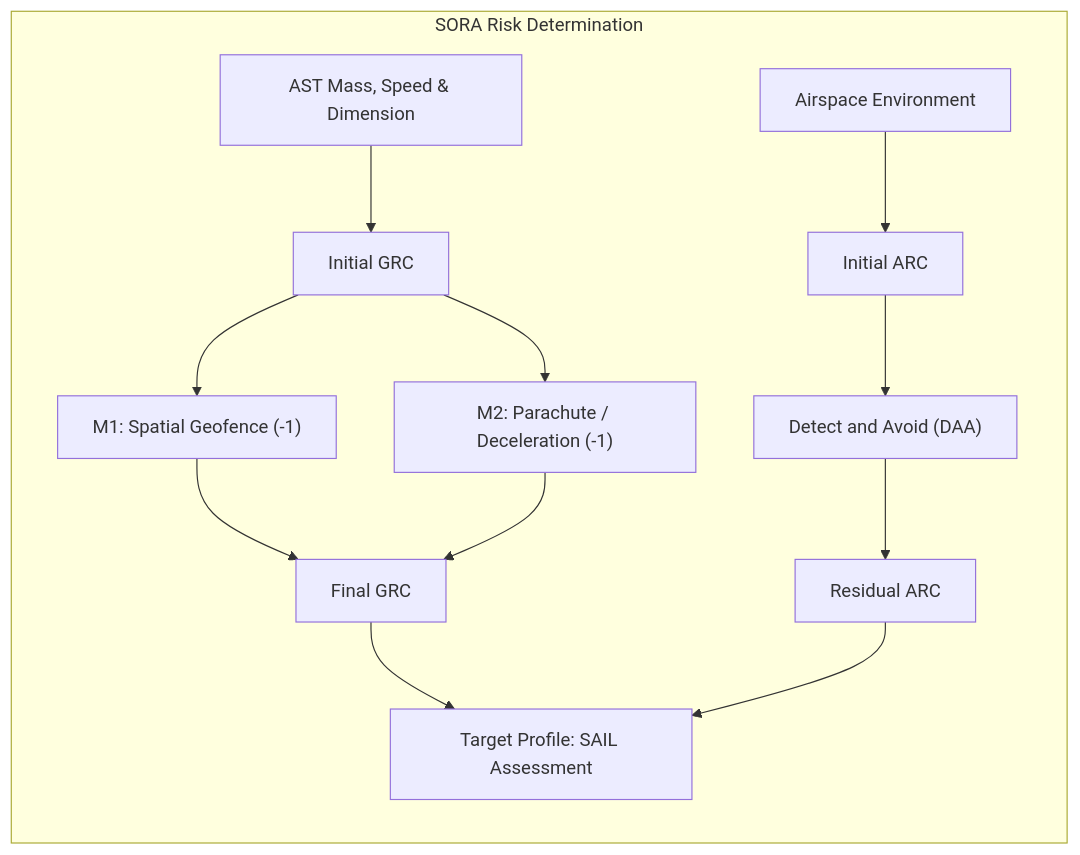
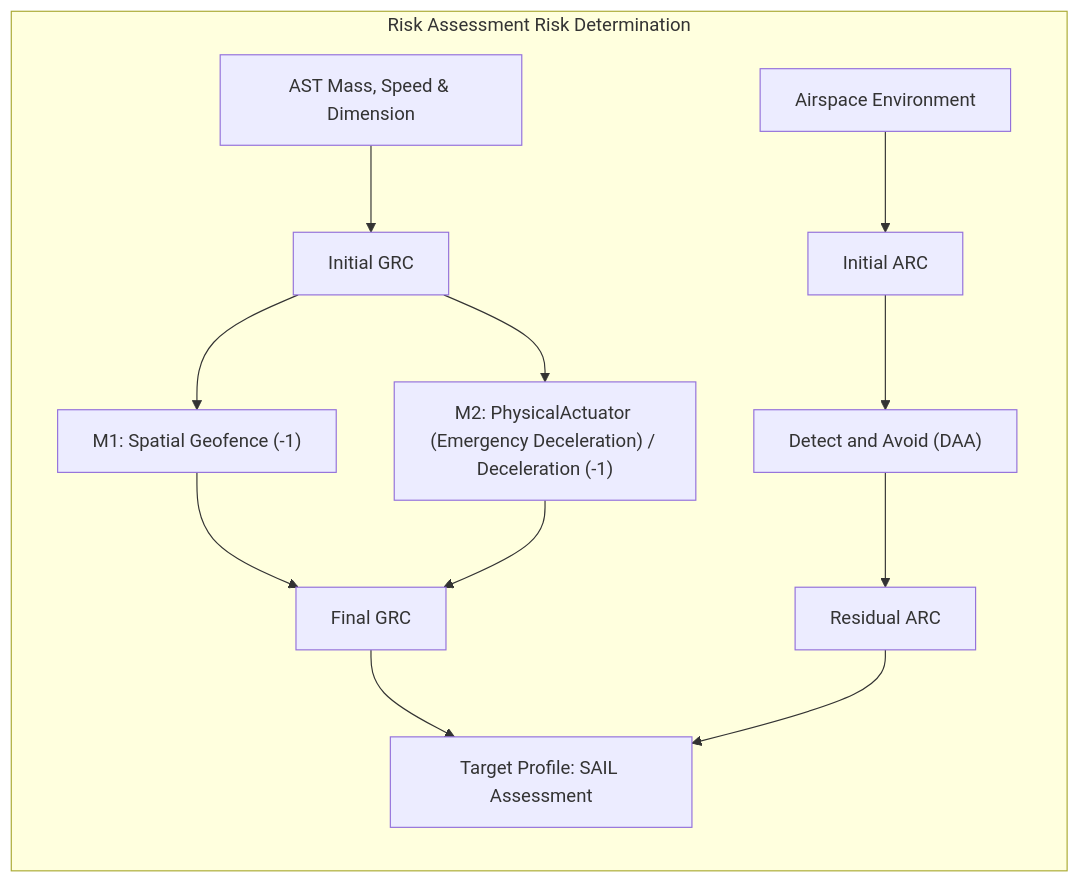
One commit to gintatkinson/DEAP01-spec-core changed the sixth of 11 diagrams in docs/architecture/blueprints/DEAP_DETERMINISTIC_SAFETY_SPECIFICATION_COMPILER_BLUEPRINT.md. Above: the diagram before and after it, drawn with Mermaid. The commit also changed other lines of this file and 3 other files, not shown here.

````diff
--- a/docs/architecture/blueprints/DEAP_DETERMINISTIC_SAFETY_SPECIFICATION_COMPILER_BLUEPRINT.md
+++ b/docs/architecture/blueprints/DEAP_DETERMINISTIC_SAFETY_SPECIFICATION_COMPILER_BLUEPRINT.md
@@ -589,14 +589,14 @@
 ```mermaid
 flowchart LR
-    subgraph "SORA Risk Determination"
+    subgraph "Risk Assessment Risk Determination"
         AST_Params["AST Mass, Speed & Dimension"] --> IntGRC["Initial GRC"]
         IntGRC --> M1["M1: Spatial Geofence (-1)"]
-        IntGRC --> M2["M2: Parachute / Deceleration (-1)"]
+        IntGRC --> M2["M2: PhysicalActuator (Emergency Deceleration) / Deceleration (-1)"]
         M1 & M2 --> FinalGRC["Final GRC"]
 
         Airspace["Airspace Environment"] --> IntARC["Initial ARC"]
         IntARC --> DAA["Detect and Avoid (DAA)"] --> ResARC["Residual ARC"]
 
         FinalGRC & ResARC --> SAIL["Target Profile: SAIL Assessment"]
     end
 ```
````
